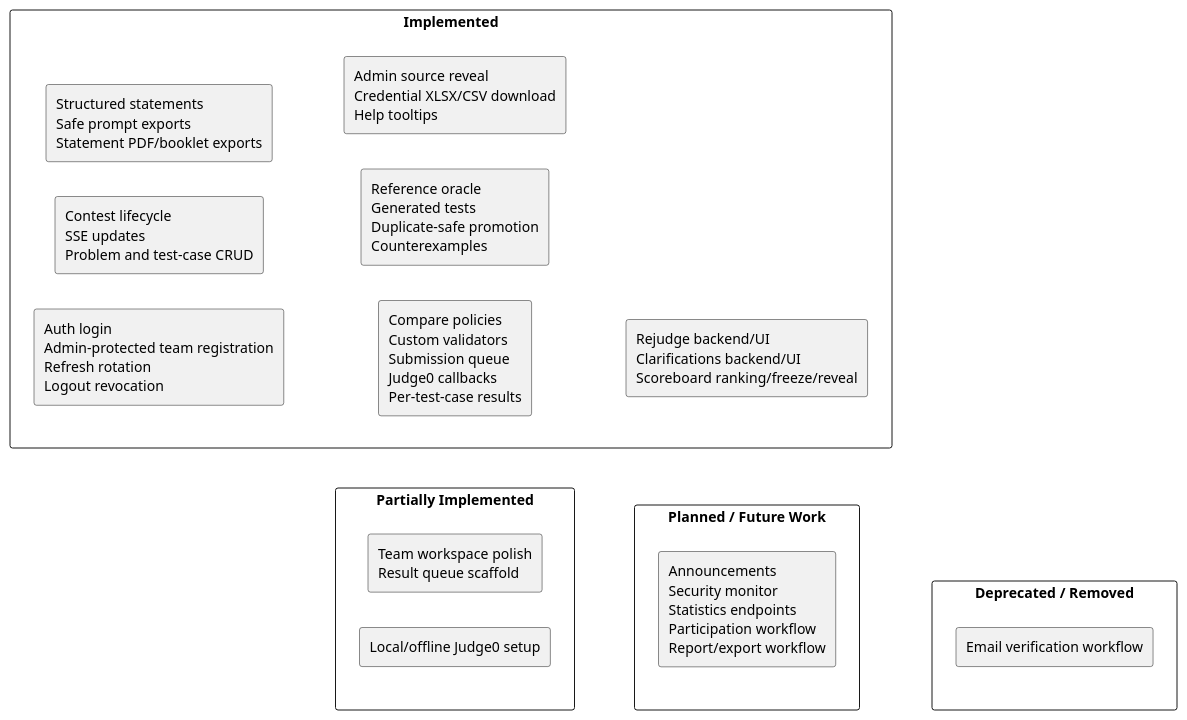
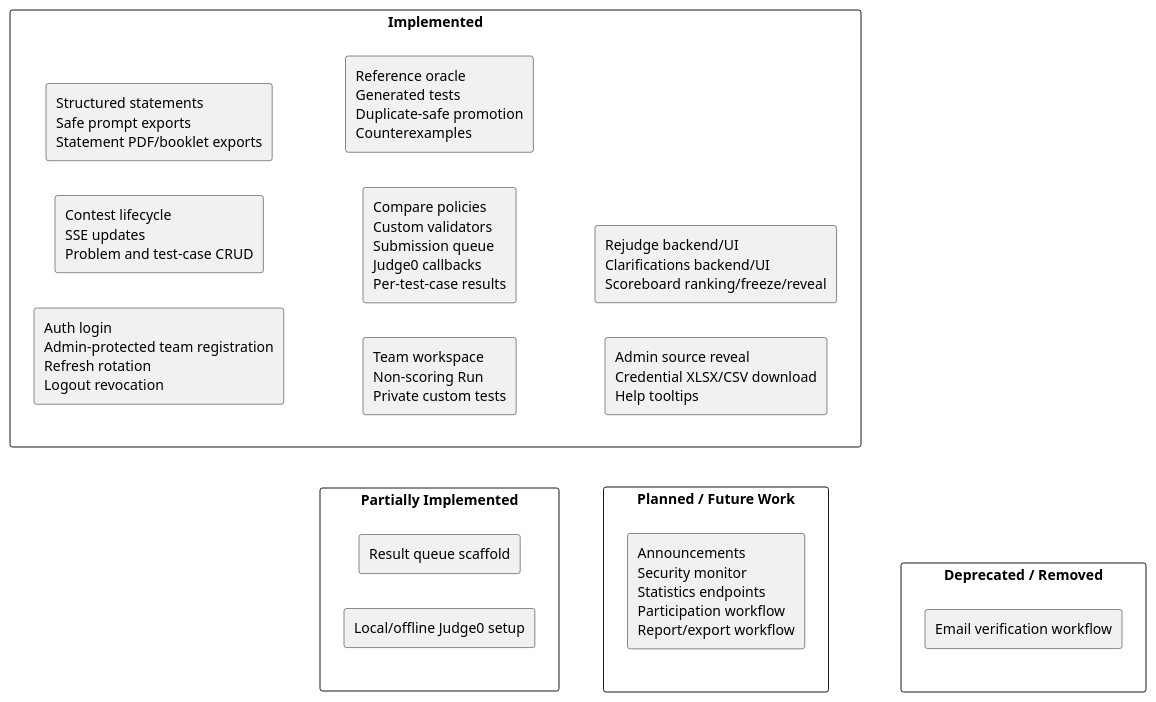
The third of 18 diagrams in docs/report-rebuild/diagram-prompts.md (AuraC-graduate-project/AuraC2), drawn with PlantUML before and after one commit. The commit also changed other lines of this file and 33 other files, not shown here.

First line of the commit message:
feat(team): add non-scoring run workflow and clean solving workspace

````diff
--- a/docs/report-rebuild/diagram-prompts.md
+++ b/docs/report-rebuild/diagram-prompts.md
@@ -102,27 +102,28 @@
 ```plantuml
 @startuml
 left to right direction
 rectangle "Implemented" as I {
   rectangle "Auth login\nAdmin-protected team registration\nRefresh rotation\nLogout revocation"
   rectangle "Contest lifecycle\nSSE updates\nProblem and test-case CRUD"
   rectangle "Structured statements\nSafe prompt exports\nStatement PDF/booklet exports"
+  rectangle "Team workspace\nNon-scoring Run\nPrivate custom tests"
   rectangle "Compare policies\nCustom validators\nSubmission queue\nJudge0 callbacks\nPer-test-case results"
   rectangle "Reference oracle\nGenerated tests\nDuplicate-safe promotion\nCounterexamples"
   rectangle "Admin source reveal\nCredential XLSX/CSV download\nHelp tooltips"
   rectangle "Rejudge backend/UI\nClarifications backend/UI\nScoreboard ranking/freeze/reveal"
 }
 rectangle "Partially Implemented" as P {
-  rectangle "Team workspace polish\nResult queue scaffold"
+  rectangle "Result queue scaffold"
   rectangle "Local/offline Judge0 setup"
 }
 rectangle "Planned / Future Work" as F {
   rectangle "Announcements\nSecurity monitor\nStatistics endpoints\nParticipation workflow\nReport/export workflow"
 }
 rectangle "Deprecated / Removed" as R {
   rectangle "Email verification workflow"
 }
 I -[hidden]-> P
 P -[hidden]-> F
 F -[hidden]-> R
 @enduml
 ```
````
